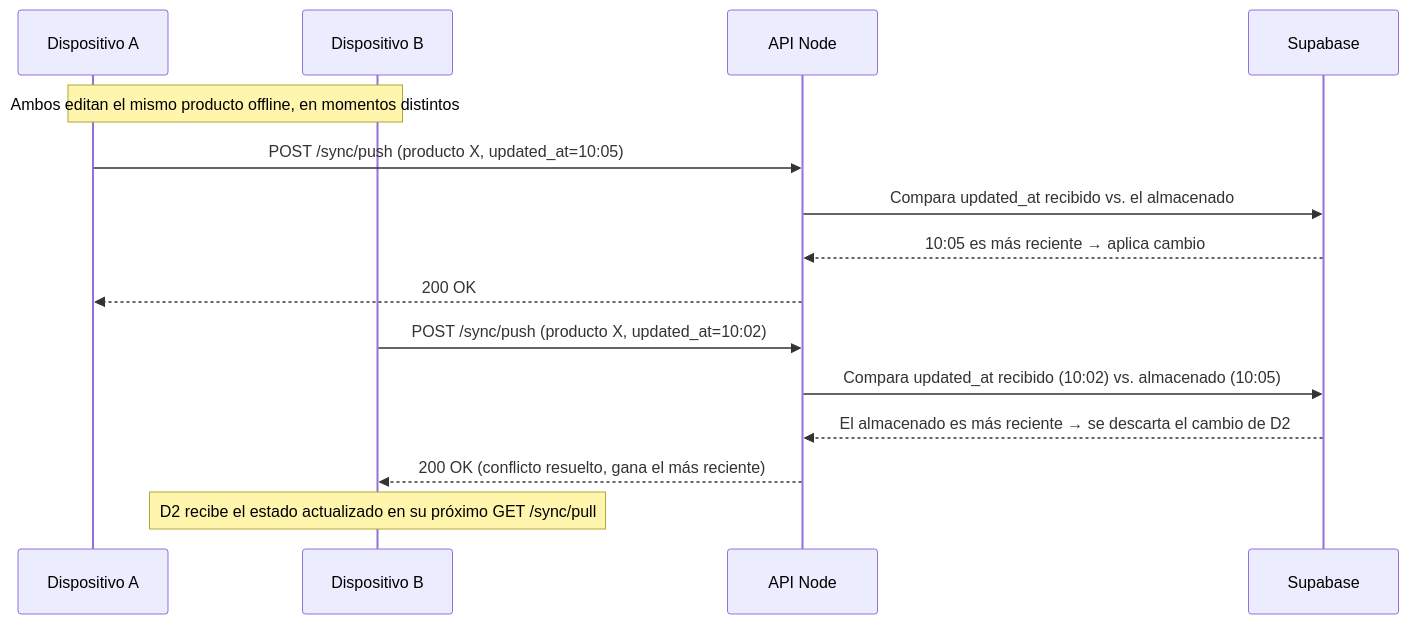
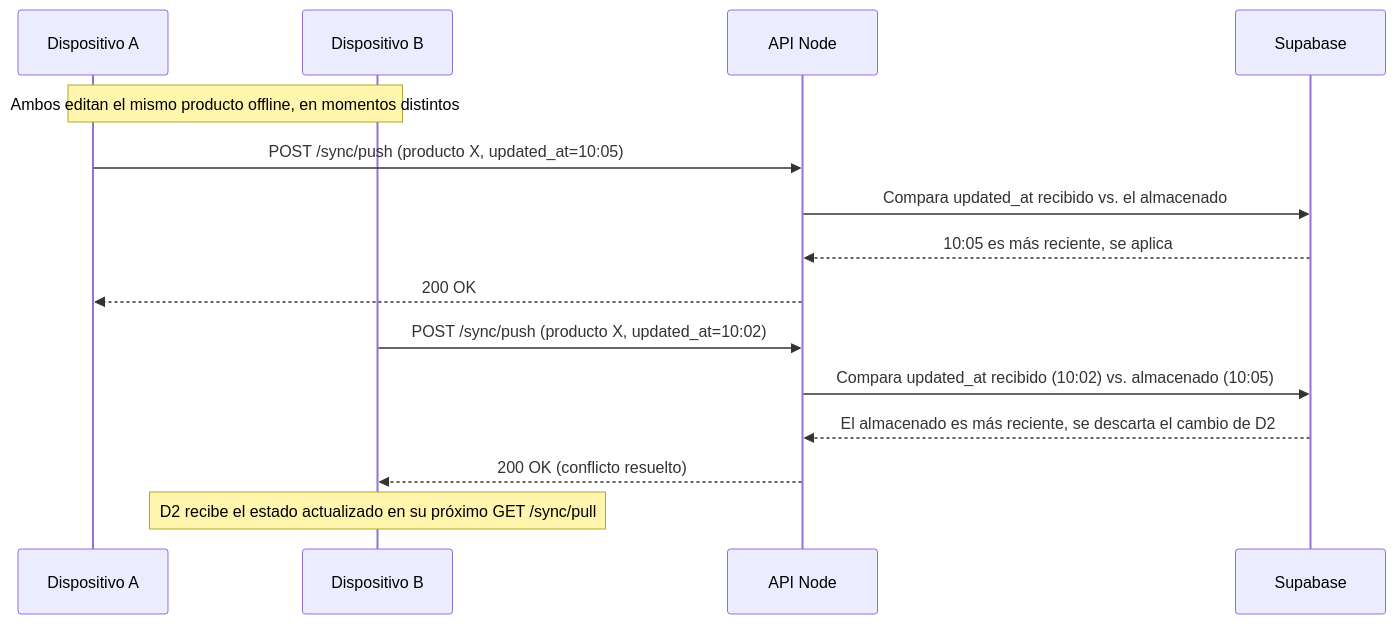
One commit to alexandrafs5/StockBridge changed the fifth of 7 diagrams in docs/arquitectura.md. Above: the diagram before and after it, drawn with Mermaid. The commit also changed other lines of this file and 1 other file, not shown here.

````diff
--- a/docs/arquitectura.md
+++ b/docs/arquitectura.md
@@ -187,20 +263,20 @@
 ```mermaid
 sequenceDiagram
     participant D1 as Dispositivo A
     participant D2 as Dispositivo B
     participant API as API Node
     participant PG as Supabase
 
     Note over D1,D2: Ambos editan el mismo producto offline, en momentos distintos
 
     D1->>API: POST /sync/push (producto X, updated_at=10:05)
     API->>PG: Compara updated_at recibido vs. el almacenado
-    PG-->>API: 10:05 es más reciente → aplica cambio
+    PG-->>API: 10:05 es más reciente, se aplica
     API-->>D1: 200 OK
 
     D2->>API: POST /sync/push (producto X, updated_at=10:02)
     API->>PG: Compara updated_at recibido (10:02) vs. almacenado (10:05)
-    PG-->>API: El almacenado es más reciente → se descarta el cambio de D2
-    API-->>D2: 200 OK (conflicto resuelto, gana el más reciente)
+    PG-->>API: El almacenado es más reciente, se descarta el cambio de D2
+    API-->>D2: 200 OK (conflicto resuelto)
     Note over D2: D2 recibe el estado actualizado en su próximo GET /sync/pull
 ```
````
